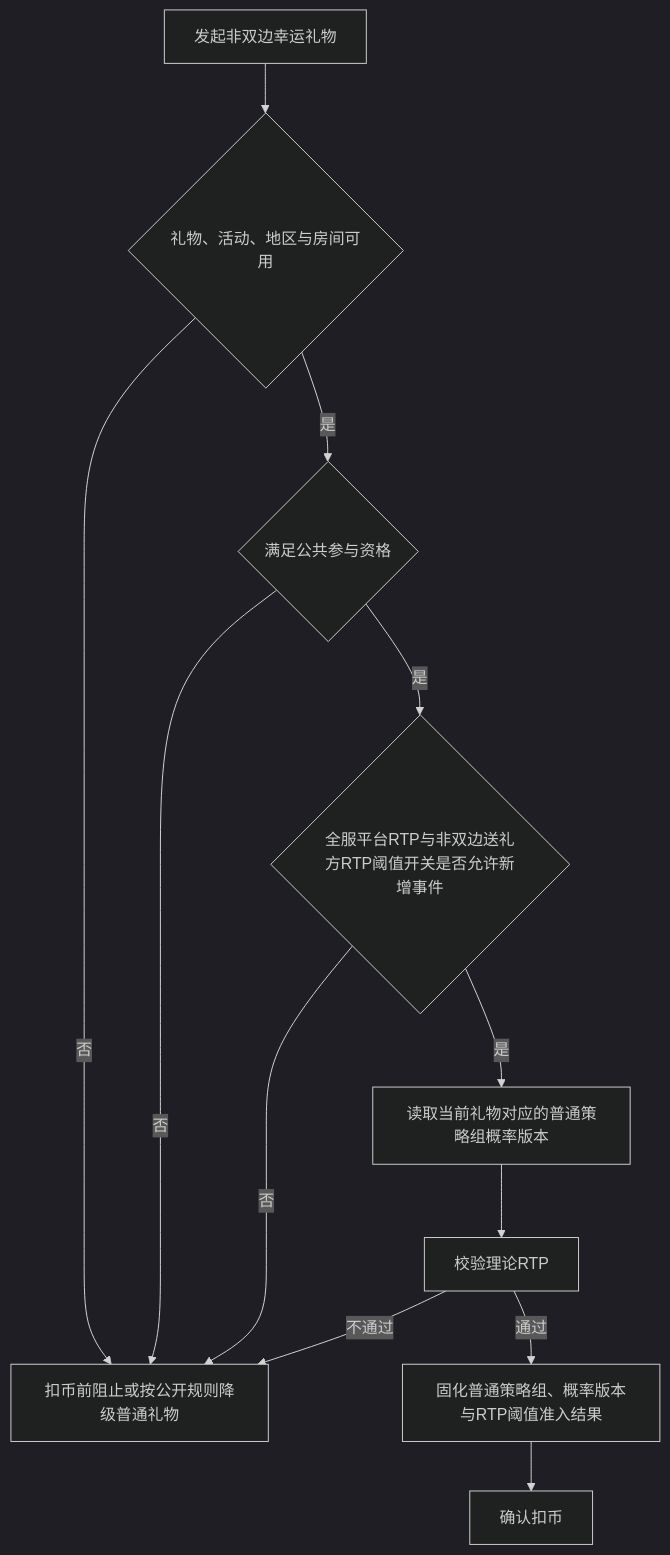
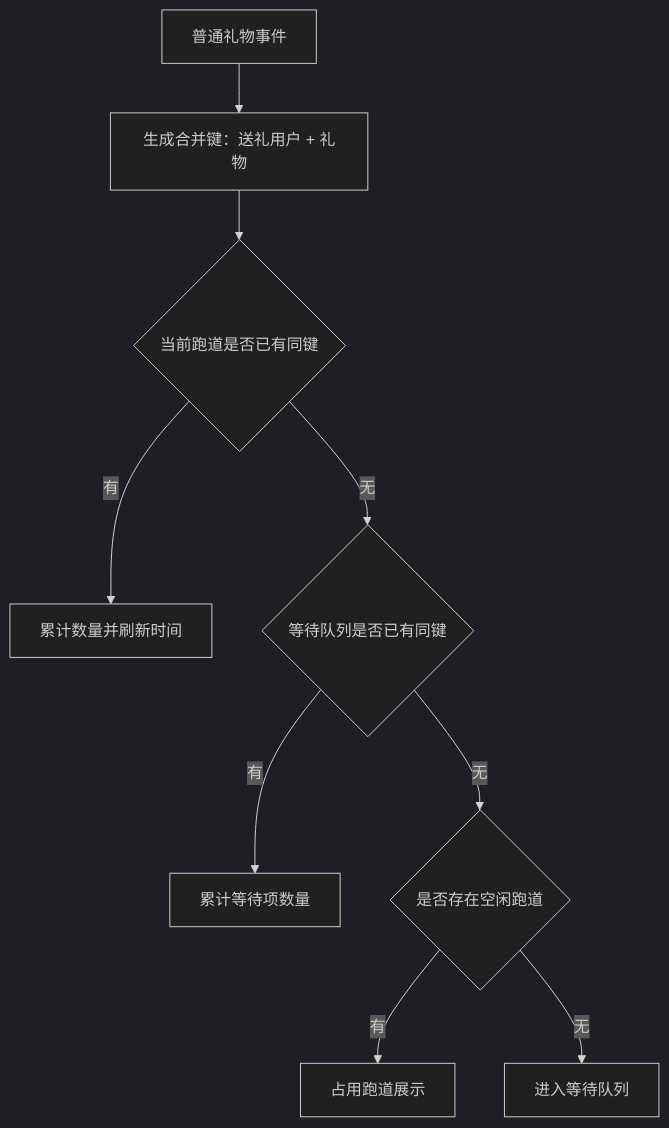
One commit to kocekid/LuckGift1.0 changed the ninth of 10 diagrams in 幸运礼物1.0_核心逻辑需求文档.md. Above: the diagram before and after it, drawn with Mermaid (dark theme). The commit also changed other lines of this file and 4 other files, not shown here.

````diff
--- a/幸运礼物1.0_核心逻辑需求文档.md
+++ b/幸运礼物1.0_核心逻辑需求文档.md
@@ -306,14 +957,11 @@
 ```mermaid
 flowchart TD
-    A[发起非双边幸运礼物] --> B{礼物、活动、地区与房间可用}
-    B -->|否| C[扣币前阻止或按公开规则降级普通礼物]
-    B -->|是| D{满足公共参与资格}
-    D -->|否| C
-    D -->|是| E{全服平台RTP与非双边送礼方RTP阈值开关是否允许新增事件}
-    E -->|否| C
-    E -->|是| F[读取当前礼物对应的普通策略组概率版本]
-    F --> G[校验理论RTP]
-    G -->|通过| H[固化普通策略组、概率版本与RTP阈值准入结果]
-    H --> I[确认扣币]
-    G -->|不通过| C
+    A[普通礼物事件] --> B[生成合并键：送礼用户 + 礼物]
+    B --> C{当前跑道是否已有同键}
+    C -->|有| D[累计数量并刷新时间]
+    C -->|无| E{等待队列是否已有同键}
+    E -->|有| F[累计等待项数量]
+    E -->|无| G{是否存在空闲跑道}
+    G -->|有| H[占用跑道展示]
+    G -->|无| I[进入等待队列]
 ```
````
